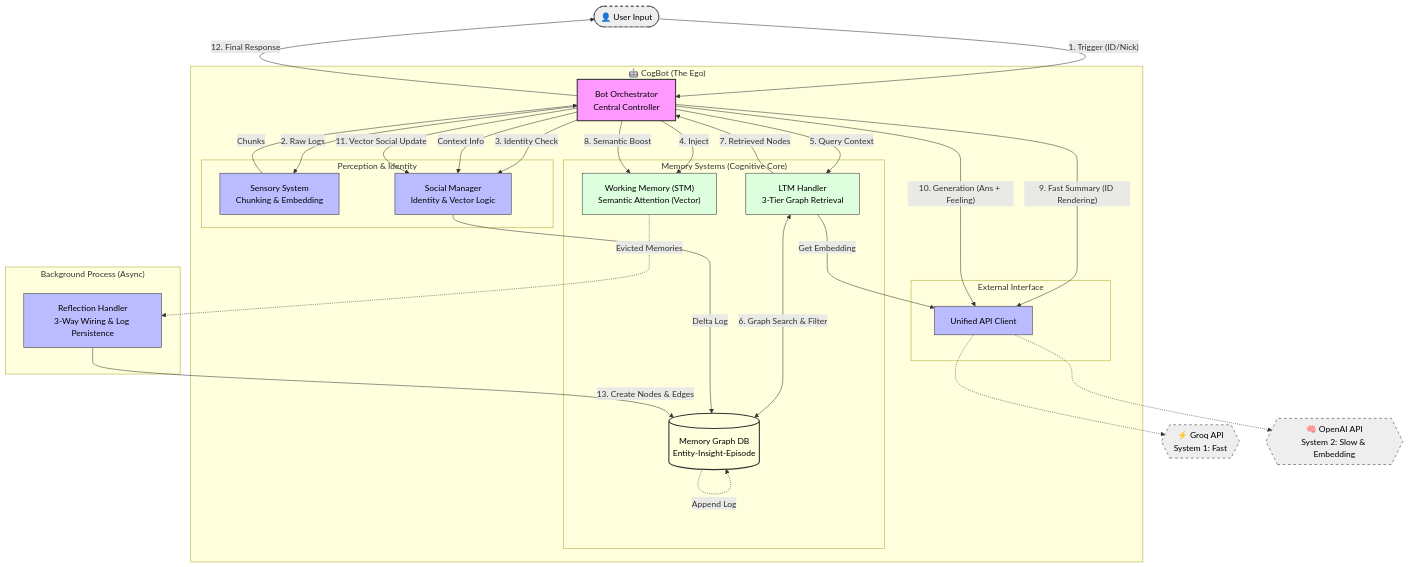
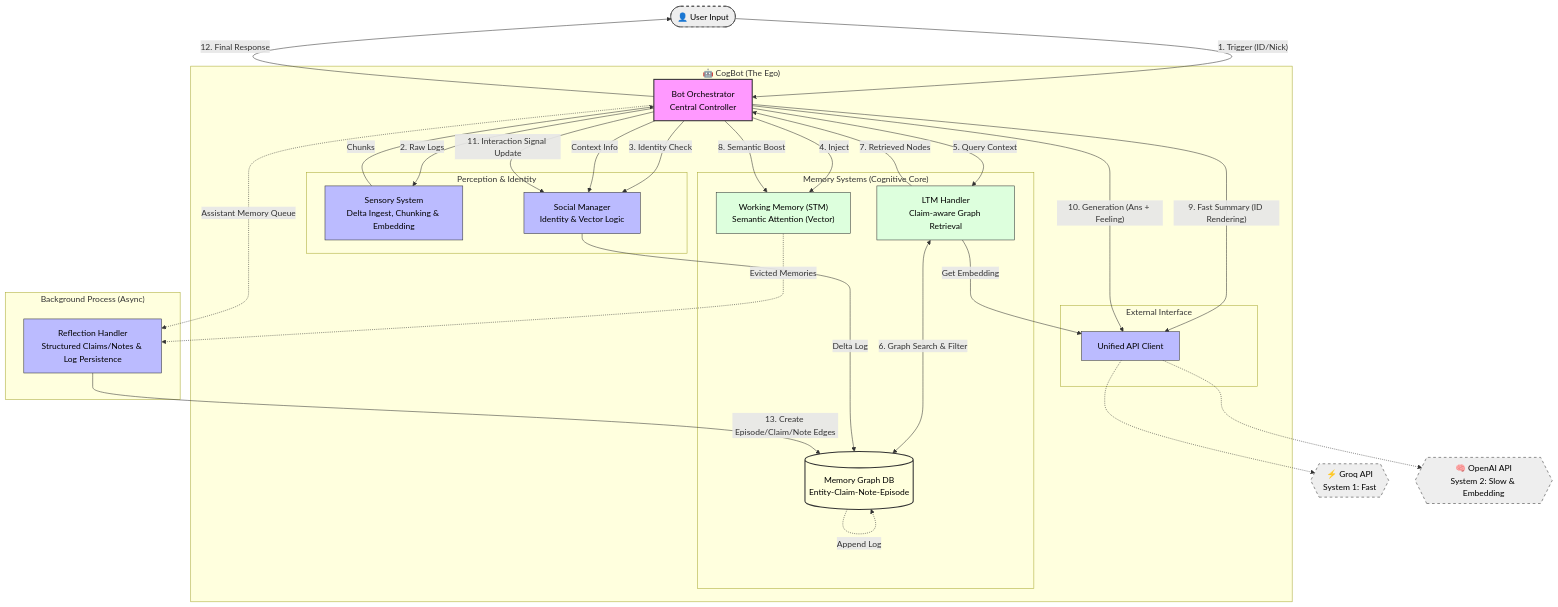
One commit to lpaiu-cs/Artificial-Consciousness changed the diagram in readme.md. Above: the diagram before and after it, drawn with Mermaid. The commit also changed other lines of this file and 12 other files, not shown here.

Commit message:
Refactor memory model around claims and notes

````diff
--- a/readme.md
+++ b/readme.md
@@ -174,77 +197,78 @@
 ```mermaid
 graph TD
     %% --- Styling ---
     classDef ego fill:#f9f,stroke:#333,stroke-width:2px,color:#000;
     classDef memory fill:#dfd,stroke:#333,stroke-width:1px,color:#000;
     classDef process fill:#bbf,stroke:#333,stroke-width:1px,color:#000;
     classDef external fill:#eee,stroke:#333,stroke-width:1px,stroke-dasharray: 5 5,color:#000;
     classDef database fill:#ffd,stroke:#333,stroke-width:2px,color:#000;
 
     %% --- External Entities ---
     User([👤 User Input]):::external
     API_Groq{{⚡ Groq API<br/>System 1: Fast}}:::external
     API_OpenAI{{🧠 OpenAI API<br/>System 2: Slow & Embedding}}:::external
 
     %% --- Main System ---
     subgraph "🤖 CogBot (The Ego)"
         BO["Bot Orchestrator<br/>Central Controller"]:::ego
         
         subgraph "Perception & Identity"
-            Sensory["Sensory System<br/>Chunking & Embedding"]:::process
+            Sensory["Sensory System<br/>Delta Ingest, Chunking & Embedding"]:::process
             SocialManager["Social Manager<br/>Identity & Vector Logic"]:::process
         end
         
         subgraph "Memory Systems (Cognitive Core)"
             STM["Working Memory (STM)<br/>Semantic Attention (Vector)"]:::memory
-            LTM_Handler["LTM Handler<br/>3-Tier Graph Retrieval"]:::memory
-            LTM_Graph[("Memory Graph DB<br/>Entity-Insight-Episode")]:::database
+            LTM_Handler["LTM Handler<br/>Claim-aware Graph Retrieval"]:::memory
+            LTM_Graph[("Memory Graph DB<br/>Entity-Claim-Note-Episode")]:::database
         end
         
         subgraph "External Interface"
             UnifiedAPI["Unified API Client"]:::process
         end
     end
 
     %% --- Background Process ---
     subgraph "Background Process (Async)"
-        Reflection["Reflection Handler<br/>3-Way Wiring & Log Persistence"]:::process
+        Reflection["Reflection Handler<br/>Structured Claims/Notes & Log Persistence"]:::process
     end
 
     %% --- Main Flow ---
     User -->|"1. Trigger (ID/Nick)"| BO
 
     %% 2. Perception
     BO -->|"2. Raw Logs"| Sensory
     Sensory -->|"Chunks"| BO
     BO -->|"3. Identity Check"| SocialManager
     BO -->|"4. Inject"| STM
 
     %% 3. Retrieval Loop
     BO -->|"5. Query Context"| LTM_Handler
     LTM_Handler -->|"Get Embedding"| UnifiedAPI
     LTM_Handler <-->|"6. Graph Search & Filter"| LTM_Graph
     LTM_Handler -->|"7. Retrieved Nodes"| BO
     
     %% 4. Attention
     BO -->|"8. Semantic Boost"| STM
 
     %% 5. Cognition
     BO -->|"Context Info"| SocialManager
     
     BO -->|"9. Fast Summary (ID Rendering)"| UnifiedAPI
     UnifiedAPI -.-> API_Groq
     
     BO -->|"10. Generation (Ans + Feeling)"| UnifiedAPI
     UnifiedAPI -.-> API_OpenAI
 
     %% 6. Action & Social
-    BO -->|"11. Vector Social Update"| SocialManager
+    BO -->|"11. Interaction Signal Update"| SocialManager
     SocialManager -->|"Delta Log"| LTM_Graph
     BO -->|"12. Final Response"| User
 
     %% --- Background Flows ---
     STM -.->|"Evicted Memories"| Reflection
-    Reflection -->|"13. Create Nodes & Edges"| LTM_Graph
+    BO -.->|"Assistant Memory Queue"| Reflection
+    Reflection -->|"13. Create Episode/Claim/Note Edges"| LTM_Graph
     LTM_Graph -.->|"Append Log"| LTM_Graph
 
 ```
````
